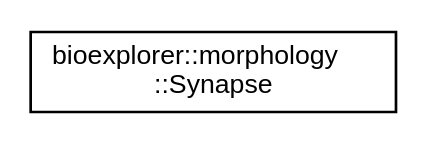
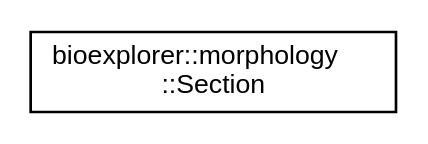
One commit to BlueBrain/BioExplorer changed the diagram in docs/inherit_graph_84.dot. Above: the diagram before and after it, drawn with Graphviz. The commit also changed 377 other files, not shown here.

```diff
--- a/docs/inherit_graph_84.dot
+++ b/docs/inherit_graph_84.dot
@@ -1,8 +1,8 @@
 digraph "Graphical Class Hierarchy"
 {
  // LATEX_PDF_SIZE
   edge [fontname="Helvetica",fontsize="10",labelfontname="Helvetica",labelfontsize="10"];
   node [fontname="Helvetica",fontsize="10",shape=record];
   rankdir="LR";
-  Node0 [label="bioexplorer::morphology\l::Synapse",height=0.2,width=0.4,color="black", fillcolor="white", style="filled",URL="$d0/dd7/structbioexplorer_1_1morphology_1_1Synapse.html",tooltip=" "];
+  Node0 [label="bioexplorer::morphology\l::Section",height=0.2,width=0.4,color="black", fillcolor="white", style="filled",URL="$d4/d08/structbioexplorer_1_1morphology_1_1Section.html",tooltip=" "];
 }
```
